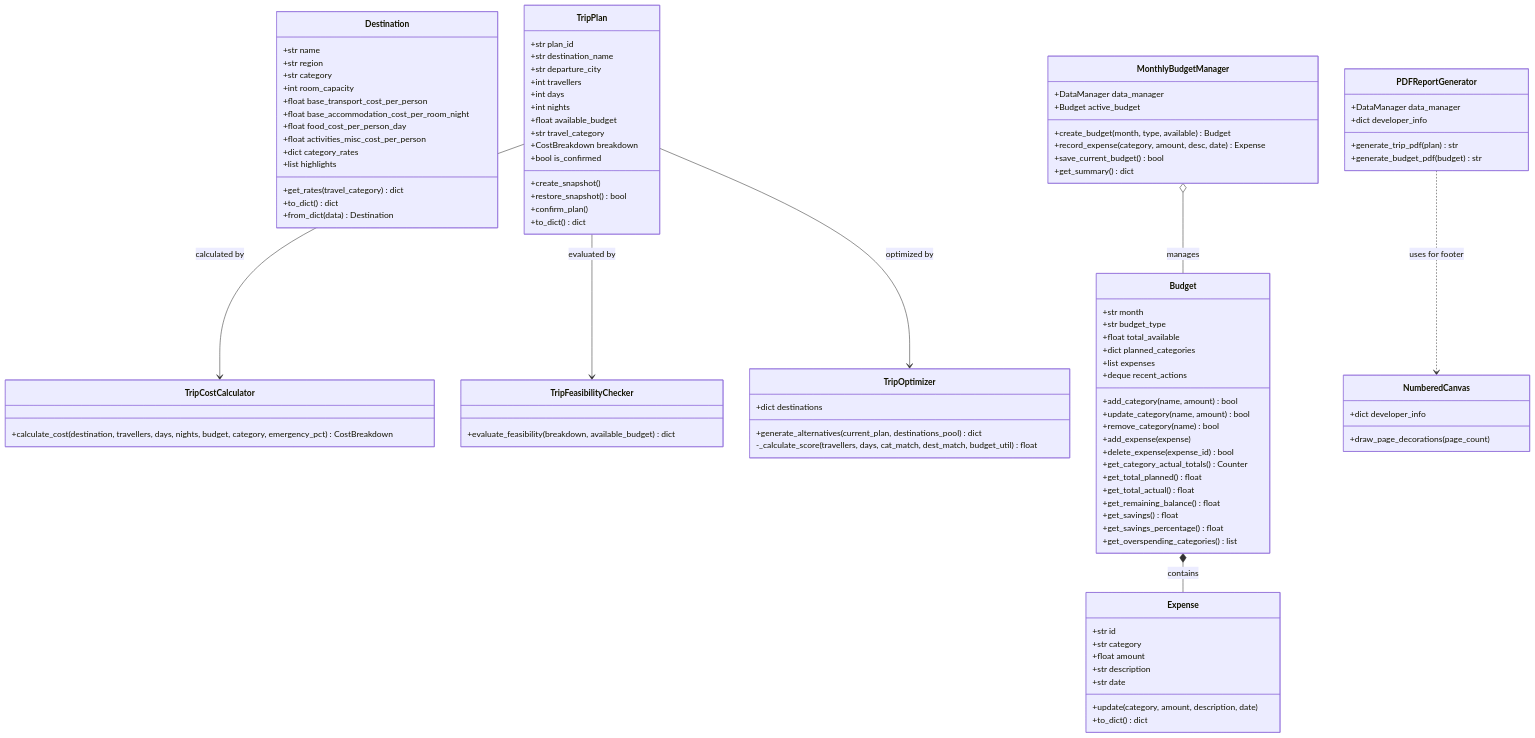
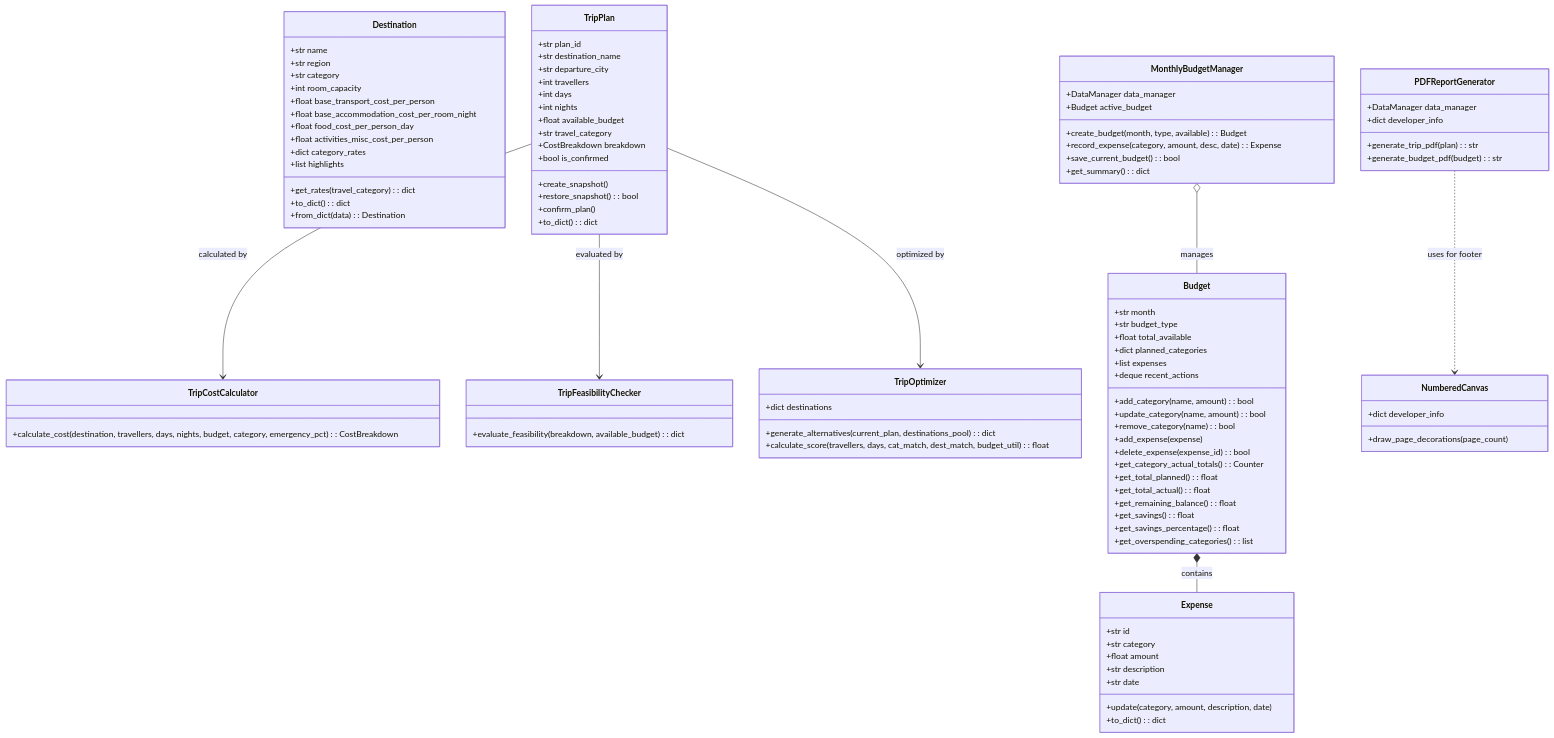
One commit to muhammadaliajaz/python-smart-life-planner changed the second of 3 diagrams in README.md. Above: the diagram before and after it, drawn with Mermaid. The commit also changed other lines of this file and 1 other file, not shown here.

Commit message:
Fix SVG banner rendering compatibility and Mermaid diagram syntax for GitHub

```diff
--- a/README.md
+++ b/README.md
@@ -112,9 +114,9 @@
         +float activities_misc_cost_per_person
         +dict category_rates
         +list highlights
-        +get_rates(travel_category) dict
-        +to_dict() dict
-        +from_dict(data) Destination
+        +get_rates(travel_category) : dict
+        +to_dict() : dict
+        +from_dict(data) : Destination
     }
 
     class TripPlan {
@@ -129,23 +131,23 @@
         +CostBreakdown breakdown
         +bool is_confirmed
         +create_snapshot()
-        +restore_snapshot() bool
+        +restore_snapshot() : bool
         +confirm_plan()
-        +to_dict() dict
+        +to_dict() : dict
     }
 
     class TripCostCalculator {
-        +calculate_cost(destination, travellers, days, nights, budget, category, emergency_pct) CostBreakdown
+        +calculate_cost(destination, travellers, days, nights, budget, category, emergency_pct) : CostBreakdown
     }
 
     class TripFeasibilityChecker {
-        +evaluate_feasibility(breakdown, available_budget) dict
+        +evaluate_feasibility(breakdown, available_budget) : dict
     }
 
     class TripOptimizer {
         +dict destinations
-        +generate_alternatives(current_plan, destinations_pool) dict
-        -_calculate_score(travellers, days, cat_match, dest_match, budget_util) float
+        +generate_alternatives(current_plan, destinations_pool) : dict
+        +calculate_score(travellers, days, cat_match, dest_match, budget_util) : float
     }
 
     class Expense {
@@ -155,7 +157,7 @@
         +str description
         +str date
         +update(category, amount, description, date)
-        +to_dict() dict
+        +to_dict() : dict
     }
 
     class Budget {
@@ -165,34 +167,34 @@
         +dict planned_categories
         +list expenses
         +deque recent_actions
-        +add_category(name, amount) bool
-        +update_category(name, amount) bool
-        +remove_category(name) bool
+        +add_category(name, amount) : bool
+        +update_category(name, amount) : bool
+        +remove_category(name) : bool
         +add_expense(expense)
-        +delete_expense(expense_id) bool
-        +get_category_actual_totals() Counter
-        +get_total_planned() float
-        +get_total_actual() float
-        +get_remaining_balance() float
-        +get_savings() float
-        +get_savings_percentage() float
-        +get_overspending_categories() list
+        +delete_expense(expense_id) : bool
+        +get_category_actual_totals() : Counter
+        +get_total_planned() : float
+        +get_total_actual() : float
+        +get_remaining_balance() : float
+        +get_savings() : float
+        +get_savings_percentage() : float
+        +get_overspending_categories() : list
     }
 
     class MonthlyBudgetManager {
         +DataManager data_manager
         +Budget active_budget
-        +create_budget(month, type, available) Budget
-        +record_expense(category, amount, desc, date) Expense
-        +save_current_budget() bool
-        +get_summary() dict
+        +create_budget(month, type, available) : Budget
+        +record_expense(category, amount, desc, date) : Expense
+        +save_current_budget() : bool
+        +get_summary() : dict
     }
 
     class PDFReportGenerator {
         +DataManager data_manager
         +dict developer_info
-        +generate_trip_pdf(plan) str
-        +generate_budget_pdf(budget) str
+        +generate_trip_pdf(plan) : str
+        +generate_budget_pdf(budget) : str
     }
 
     class NumberedCanvas {
```
